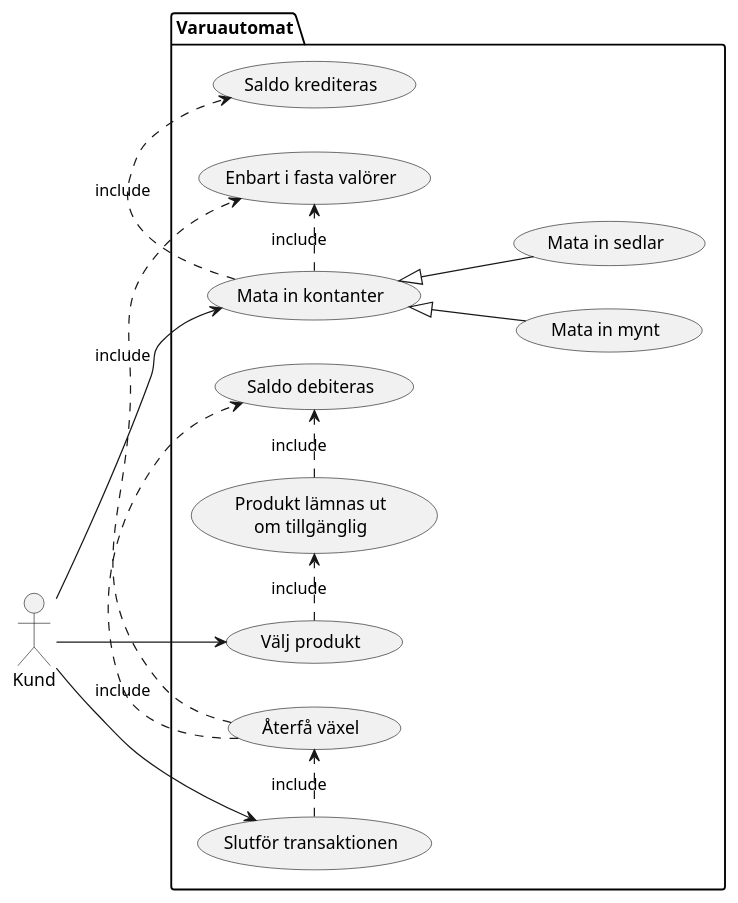
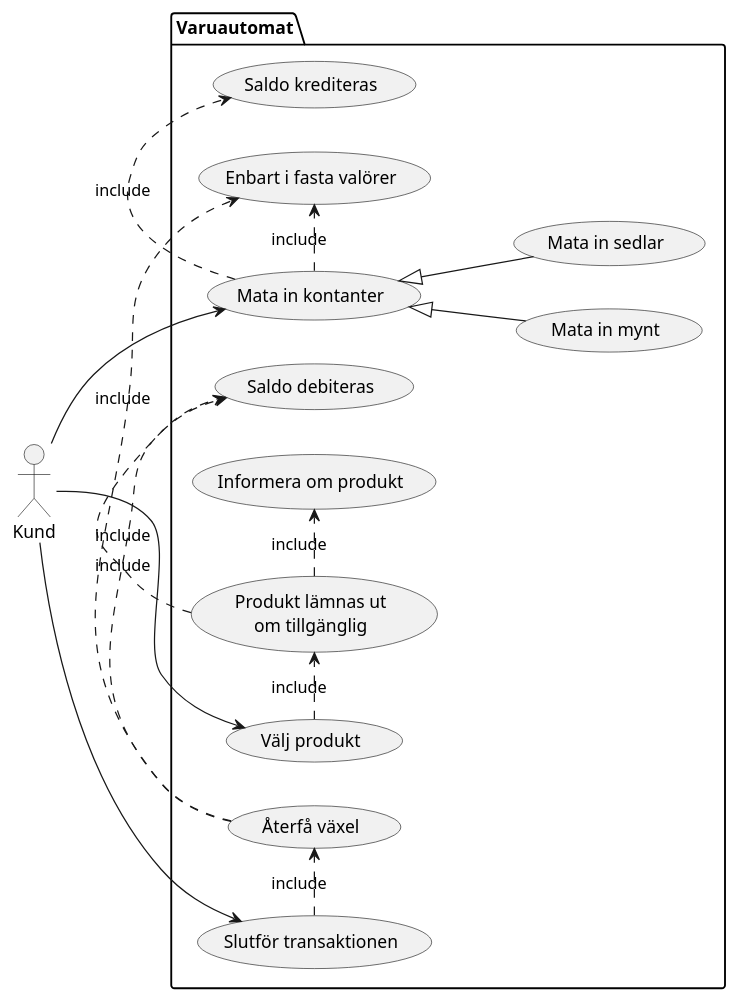
One commit to skaraborgfakir/Lexicon-Vending_machine changed the diagram in dokumentation/use cases/usecase_sälj.plantuml. Above: the diagram before and after it, drawn with PlantUML. The commit also changed 1 other file, not shown here.

Commit message:
blurb med information om den produkt som lämnas ut
dricka ? något som man kan vara allergisk mot
leksak som har små delar ?

```diff
--- a/dokumentation/use cases/usecase_sälj.plantuml
+++ b/dokumentation/use cases/usecase_sälj.plantuml
@@ -1,28 +1,30 @@
 @startuml
 left to right direction
 actor Kund     as k
 package Varuautomat {
   usecase "Mata in kontanter"      as mata_in_kontanter
   usecase "Välj produkt"           as välj_produkt
   usecase "Produkt lämnas ut\nom tillgänglig"      as produkt_matas_ut
+  usecase "Informera om produkt"   as Informera_om_produkt
   usecase "Slutför transaktionen"  as slutför_transaktionen
   usecase "Återfå växel"           as återfå_växel
   usecase "Enbart i fasta valörer" as enbart_hela_valörer_hanteras
   usecase "Mata in mynt"           as mata_in_mynt
   usecase "Mata in sedlar"         as mata_in_sedlar
   usecase "Saldo debiteras"        as saldo_debiteras
   usecase "Saldo krediteras"       as saldo_krediteras
 }
 k --> (mata_in_kontanter)
 mata_in_kontanter	<|-- mata_in_mynt
 mata_in_kontanter	<|-- mata_in_sedlar
 mata_in_kontanter      .> saldo_krediteras : include
 k --> (välj_produkt)
 k --> (slutför_transaktionen)
 (mata_in_kontanter) .>     (enbart_hela_valörer_hanteras) : include
 (välj_produkt) .>          (produkt_matas_ut) :include
 (produkt_matas_ut) .>      (saldo_debiteras) :include
+(produkt_matas_ut) .>      (Informera_om_produkt) : include
 (slutför_transaktionen) .> (återfå_växel) : include
 (återfå_växel) .>          (enbart_hela_valörer_hanteras) : include
 (återfå_växel) .>          (saldo_debiteras) :include
 @enduml
```
